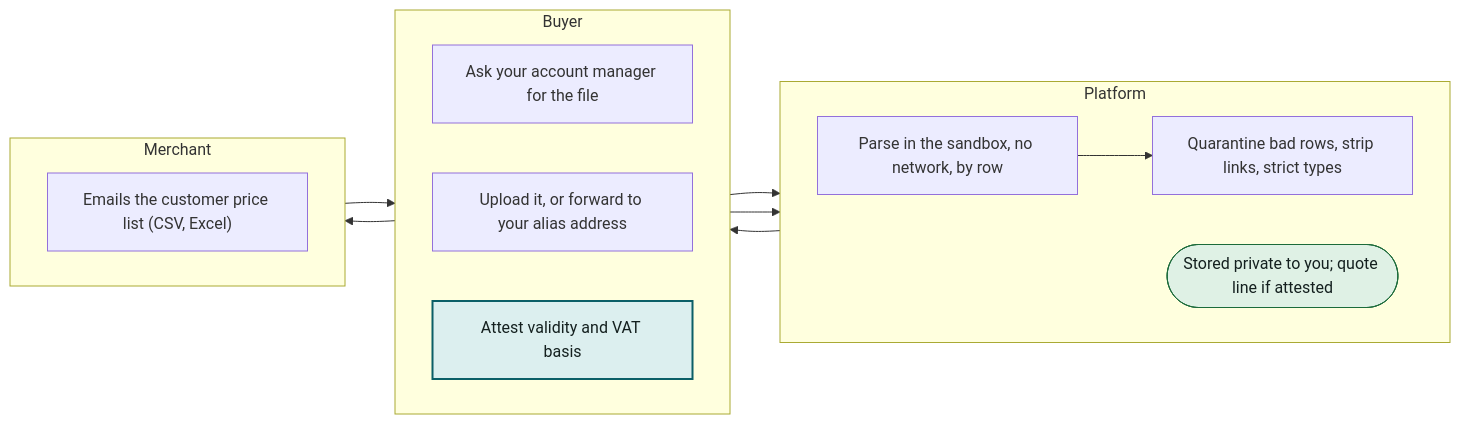
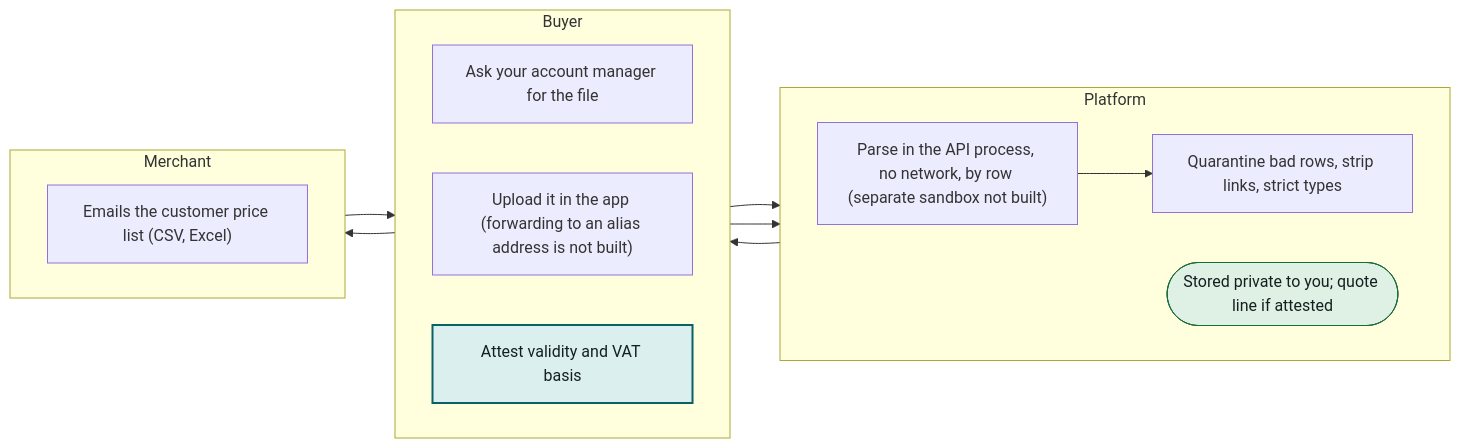
The second of 8 diagrams in docs/architecture/price-data-sources.md (emre-akarsu/ai-commerce-ideas), drawn with Mermaid before and after one commit. The commit also changed other lines of this file and 42 other files, not shown here.

````diff
--- a/docs/architecture/price-data-sources.md
+++ b/docs/architecture/price-data-sources.md
@@ -75,33 +77,33 @@
 ```mermaid
 flowchart LR
   subgraph L0["Buyer"]
     direction LR
     pricefile_a["Ask your account manager for the file"]
-    pricefile_c["Upload it, or forward to your alias address"]
+    pricefile_c["Upload it in the app (forwarding to an alias address is not built)"]
     pricefile_f["Attest validity and VAT basis"]
   end
   subgraph L1["Platform"]
     direction LR
-    pricefile_d["Parse in the sandbox, no network, by row"]
+    pricefile_d["Parse in the API process, no network, by row (separate sandbox not built)"]
     pricefile_e["Quarantine bad rows, strip links, strict types"]
     pricefile_g(["Stored private to you; quote line if attested"])
   end
   subgraph L2["Merchant"]
     direction LR
     pricefile_b["Emails the customer price list (CSV, Excel)"]
   end
   pricefile_a --> pricefile_b
   pricefile_b --> pricefile_c
   pricefile_c --> pricefile_d
   pricefile_d --> pricefile_e
   pricefile_e --> pricefile_f
   pricefile_f --> pricefile_g
   class pricefile_f gate
   class pricefile_g ok
   classDef gate fill:#dcefef,stroke:#0b5f67,stroke-width:2px,color:#14201f
   classDef amend fill:#fbecd2,stroke:#8a4b00,stroke-dasharray:5 3,color:#14201f
   classDef ok fill:#dff1e5,stroke:#1b6b3a,color:#14201f
   classDef ind fill:#fbecd2,stroke:#8a4b00,color:#14201f
   classDef blocked fill:#f8e1e1,stroke:#a12626,stroke-dasharray:5 3,color:#14201f
   classDef stopn fill:#f8e1e1,stroke:#a12626,stroke-width:2px,color:#14201f
 ```
````
